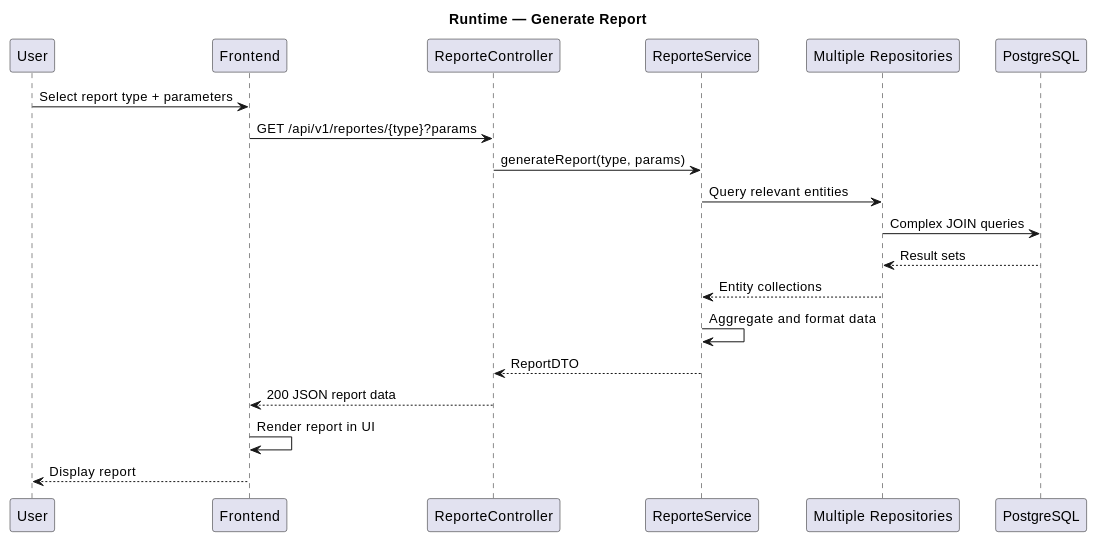
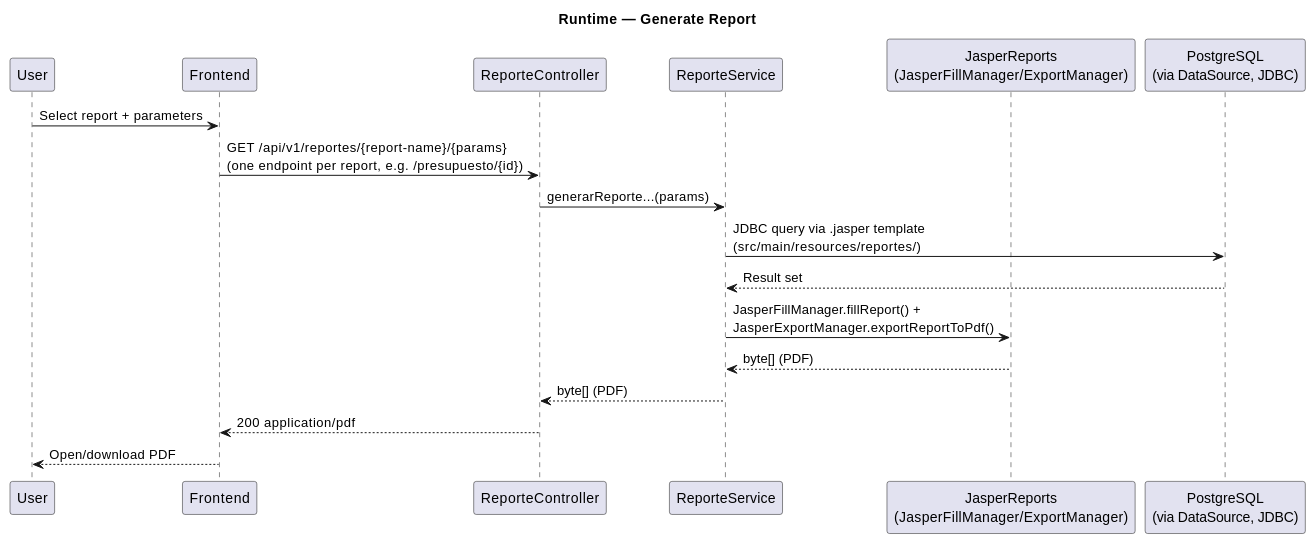
One commit to matiaspakua/notaire changed diagram 11 of 14 in docs/200-architecture/201-SAD/sad.md. Above: the diagram before and after it, drawn with PlantUML. The commit also changed other lines of this file and 18 other files, not shown here.

````diff
--- a/docs/200-architecture/201-SAD/sad.md
+++ b/docs/200-architecture/201-SAD/sad.md
@@ -712,25 +708,23 @@
 ```plantuml
 @startuml
 title Runtime — Generate Report
 
 participant "User" as U
 participant "Frontend" as FE
 participant "ReporteController" as Ctrl
 participant "ReporteService" as Svc
-participant "Multiple Repositories" as Repos
-participant "PostgreSQL" as DB
+participant "JasperReports\n(JasperFillManager/ExportManager)" as Jasper
+participant "PostgreSQL\n(via DataSource, JDBC)" as DB
 
-U -> FE : Select report type + parameters
-FE -> Ctrl : GET /api/v1/reportes/{type}?params
-Ctrl -> Svc : generateReport(type, params)
-Svc -> Repos : Query relevant entities
-Repos -> DB : Complex JOIN queries
-DB --> Repos : Result sets
-Repos --> Svc : Entity collections
-Svc -> Svc : Aggregate and format data
-Svc --> Ctrl : ReportDTO
-Ctrl --> FE : 200 JSON report data
-FE -> FE : Render report in UI
-FE --> U : Display report
+U -> FE : Select report + parameters
+FE -> Ctrl : GET /api/v1/reportes/{report-name}/{params}\n(one endpoint per report, e.g. /presupuesto/{id})
+Ctrl -> Svc : generarReporte...(params)
+Svc -> DB : JDBC query via .jasper template\n(src/main/resources/reportes/)
+DB --> Svc : Result set
+Svc -> Jasper : JasperFillManager.fillReport() +\nJasperExportManager.exportReportToPdf()
+Jasper --> Svc : byte[] (PDF)
+Svc --> Ctrl : byte[] (PDF)
+Ctrl --> FE : 200 application/pdf
+FE --> U : Open/download PDF
 @enduml
 ```
````
